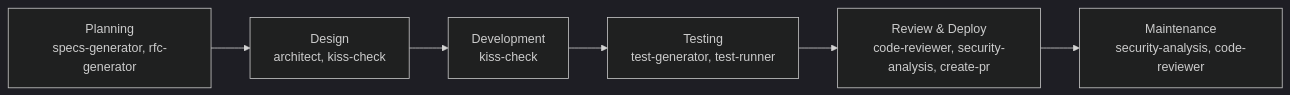
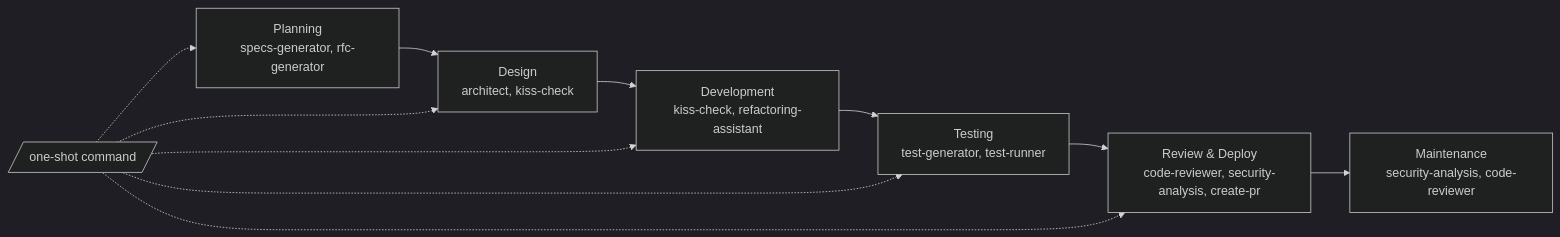
Before and after one commit to trebaud/my-claude-skills: the diagram in README.md, drawn with Mermaid (dark theme). The commit also changed other lines of this file and 15 other files, not shown here.

Commit message:
add one shot command

````diff
--- a/README.md
+++ b/README.md
@@ -33,8 +41,14 @@
 ```mermaid
 flowchart LR
     A[Planning<br/>specs-generator, rfc-generator] --> B[Design<br/>architect, kiss-check]
-    B --> C[Development<br/>kiss-check]
+    B --> C[Development<br/>kiss-check, refactoring-assistant]
     C --> D[Testing<br/>test-generator, test-runner]
     D --> E[Review & Deploy<br/>code-reviewer, security-analysis, create-pr]
     E --> F[Maintenance<br/>security-analysis, code-reviewer]
+    
+    G[/one-shot command/] -.-> A
+    G -.-> B
+    G -.-> C
+    G -.-> D
+    G -.-> E
 ```
````
